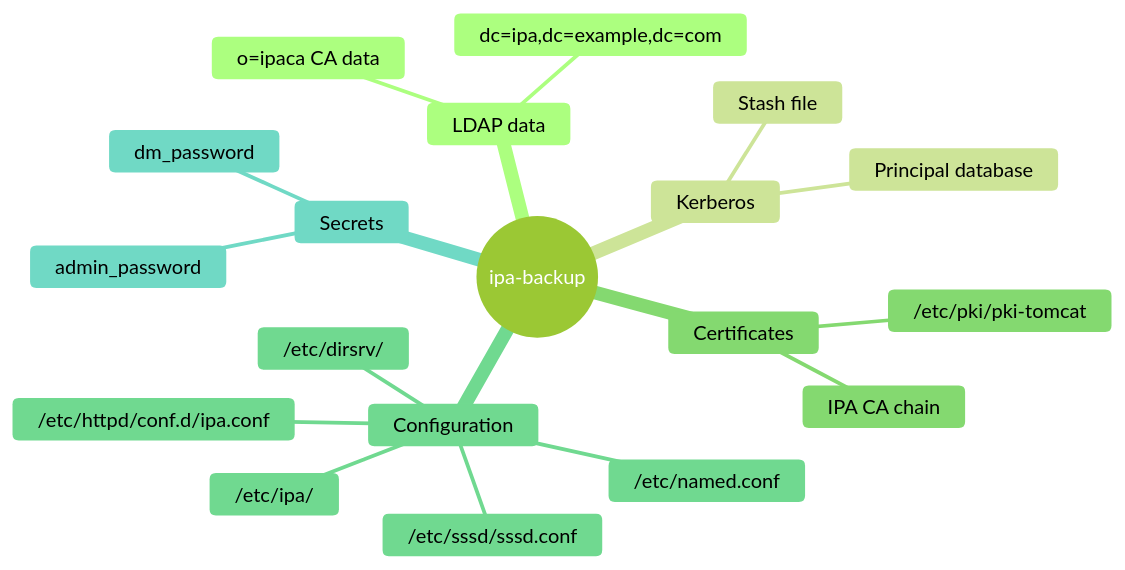
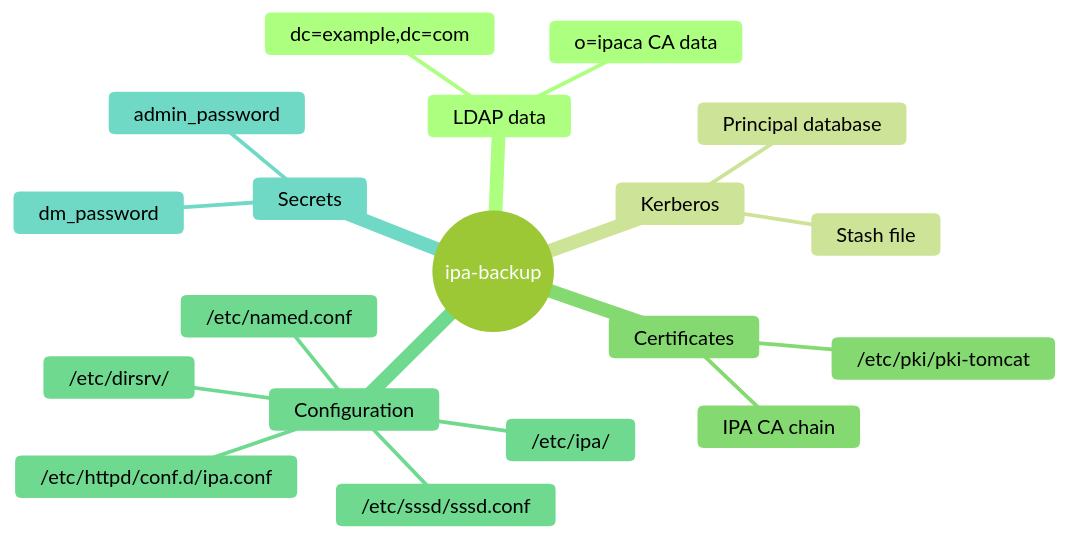
Before and after one commit to UncleJS/course_FreeIPA: diagram 14 of 15 in 12_replication_topology.md, drawn with Mermaid (forest theme). The commit also changed other lines of this file and 24 other files, not shown here.

````diff
--- a/12_replication_topology.md
+++ b/12_replication_topology.md
@@ -837,22 +873,22 @@
 ```mermaid
 mindmap
     root((ipa-backup))
         LDAP data
-            dc=ipa,dc=example,dc=com
+            dc=example,dc=com
             o=ipaca CA data
         Kerberos
             Principal database
             Stash file
         Certificates
             /etc/pki/pki-tomcat
             IPA CA chain
         Configuration
             /etc/ipa/
             /etc/dirsrv/
             /etc/httpd/conf.d/ipa.conf
             /etc/named.conf
             /etc/sssd/sssd.conf
         Secrets
             dm_password
             admin_password
 ```
````
